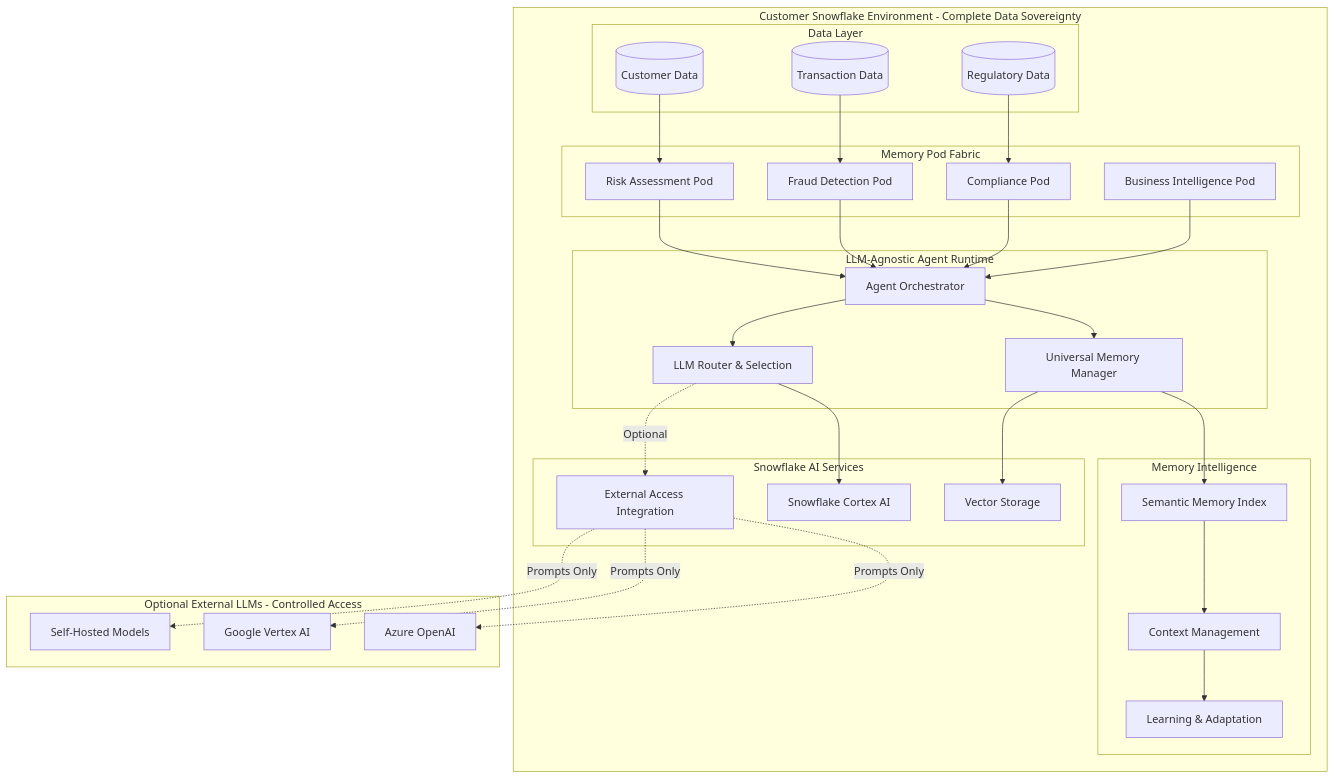
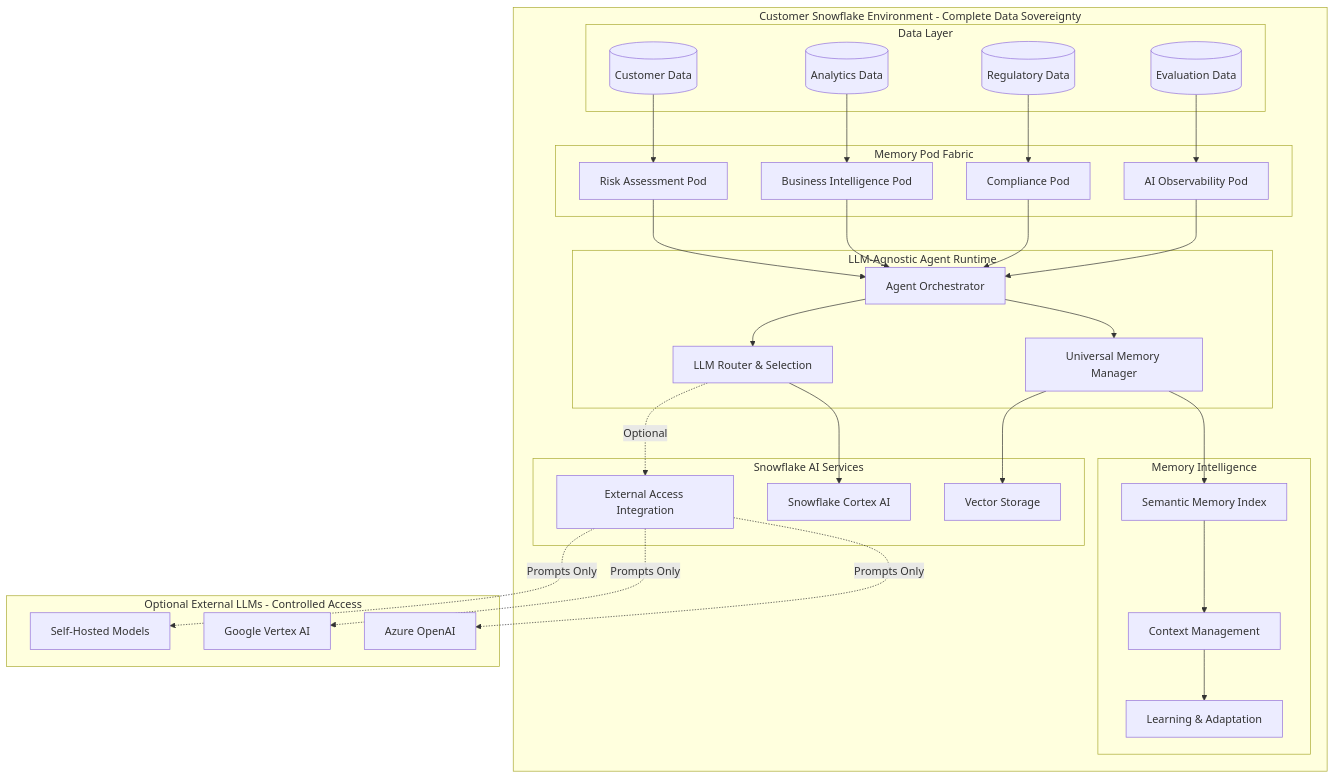
One commit to amotivv-inc/snowflake-memory-box changed the third of 3 diagrams in deployment-docs/agent-platform-enterprise.md. Above: the diagram before and after it, drawn with Mermaid. The commit also changed other lines of this file, not shown here.

````diff
--- a/deployment-docs/agent-platform-enterprise.md
+++ b/deployment-docs/agent-platform-enterprise.md
@@ -305,66 +384,68 @@
 ```mermaid
 graph TB
     subgraph "Customer Snowflake Environment - Complete Data Sovereignty"
         subgraph "Data Layer"
             CustomerData[(Customer Data)]
-            TransactionData[(Transaction Data)]
+            AnalyticsData[(Analytics Data)]
             RegulatoryData[(Regulatory Data)]
+            EvaluationData[(Evaluation Data)]
         end
         
         subgraph "Memory Pod Fabric"
             RiskPod[Risk Assessment Pod]
-            FraudPod[Fraud Detection Pod]
+            ObservabilityPod[AI Observability Pod]
             CompliancePod[Compliance Pod]
             IntelligencePod[Business Intelligence Pod]
         end
         
         subgraph "LLM-Agnostic Agent Runtime"
             AgentOrchestrator[Agent Orchestrator]
             MemoryManager[Universal Memory Manager]
             LLMRouter[LLM Router & Selection]
         end
         
         subgraph "Snowflake AI Services"
             Cortex[Snowflake Cortex AI]
             VectorDB[Vector Storage]
             ExternalAccess[External Access Integration]
         end
         
         subgraph "Memory Intelligence"
             SemanticIndex[Semantic Memory Index]
             ContextEngine[Context Management]
             LearningEngine[Learning & Adaptation]
         end
     end
     
     subgraph "Optional External LLMs - Controlled Access"
         AzureOpenAI[Azure OpenAI]
         VertexAI[Google Vertex AI]
         SelfHosted[Self-Hosted Models]
     end
     
     CustomerData --> RiskPod
-    TransactionData --> FraudPod
+    AnalyticsData --> IntelligencePod
     RegulatoryData --> CompliancePod
+    EvaluationData --> ObservabilityPod
     
     RiskPod --> AgentOrchestrator
-    FraudPod --> AgentOrchestrator
+    ObservabilityPod --> AgentOrchestrator
     CompliancePod --> AgentOrchestrator
     IntelligencePod --> AgentOrchestrator
     
     AgentOrchestrator --> MemoryManager
     AgentOrchestrator --> LLMRouter
     
     MemoryManager --> SemanticIndex
     MemoryManager --> VectorDB
     
     SemanticIndex --> ContextEngine
     ContextEngine --> LearningEngine
     
     LLMRouter --> Cortex
     LLMRouter -.->|Optional| ExternalAccess
     
     ExternalAccess -.->|Prompts Only| AzureOpenAI
     ExternalAccess -.->|Prompts Only| VertexAI
     ExternalAccess -.->|Prompts Only| SelfHosted
 ```
````
